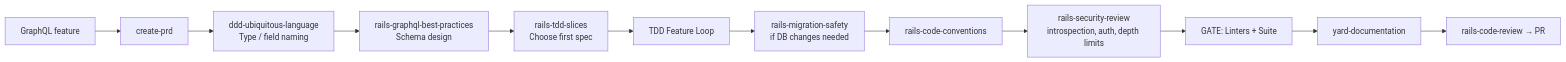
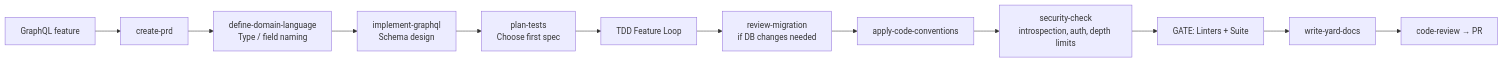
Diagram 13 of 17 in docs/workflow-guide.md (igmarin/my-RoR-personal-skills), drawn with Mermaid before and after one commit. The commit also changed other lines of this file and 295 other files, not shown here.

First line of the commit message:
Refactor names flows (#57)

````diff
--- a/docs/workflow-guide.md
+++ b/docs/workflow-guide.md
@@ -568,14 +568,14 @@
 ```mermaid
 flowchart LR
     A[GraphQL feature] --> B[create-prd]
-    B --> C[ddd-ubiquitous-language\nType / field naming]
-    C --> D[rails-graphql-best-practices\nSchema design]
-    D --> E[rails-tdd-slices\nChoose first spec]
+    B --> C[define-domain-language\nType / field naming]
+    C --> D[implement-graphql\nSchema design]
+    D --> E[plan-tests\nChoose first spec]
     E --> F[TDD Feature Loop]
-    F --> G[rails-migration-safety\nif DB changes needed]
-    G --> H[rails-code-conventions]
-    H --> I[rails-security-review\nintrospection, auth, depth limits]
+    F --> G[review-migration\nif DB changes needed]
+    G --> H[apply-code-conventions]
+    H --> I[security-check\nintrospection, auth, depth limits]
     I --> J["GATE: Linters + Suite"]
-    J --> K[yard-documentation]
-    K --> L[rails-code-review → PR]
+    J --> K[write-yard-docs]
+    K --> L[code-review → PR]
 ```
````
